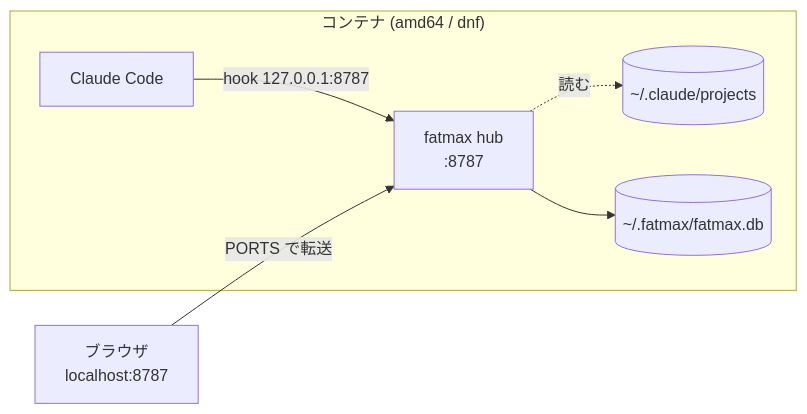
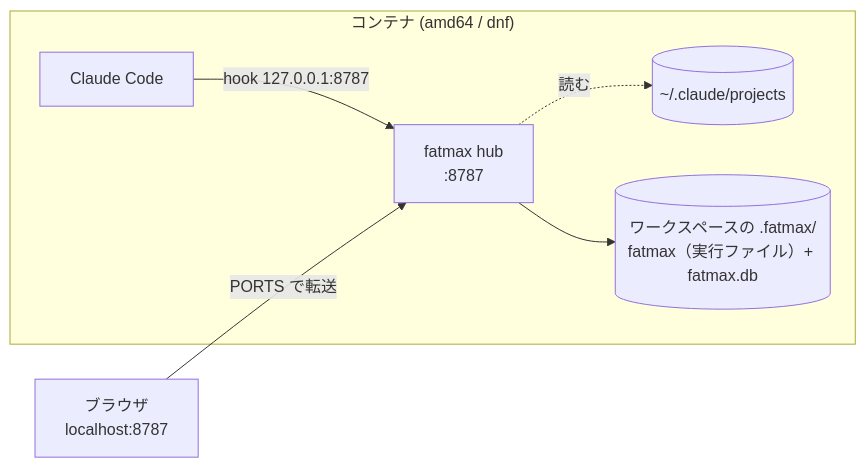
One commit to nodesi-jp/fatmax changed the diagram in INSTALL-container.md. Above: the diagram before and after it, drawn with Mermaid. The commit also changed other lines of this file and 3 other files, not shown here.

````diff
--- a/INSTALL-container.md
+++ b/INSTALL-container.md
@@ -23,13 +23,13 @@
 ```mermaid
 flowchart LR
   subgraph C["コンテナ (amd64 / dnf)"]
     CC["Claude Code"]
     H["fatmax hub<br/>:8787"]
     T[("~/.claude/projects")]
-    DB[("~/.fatmax/fatmax.db")]
+    DB[("ワークスペースの .fatmax/<br/>fatmax（実行ファイル）+ fatmax.db")]
     CC -->|"hook 127.0.0.1:8787"| H
     H -.->|読む| T
     H --> DB
   end
   BR["ブラウザ<br/>localhost:8787"] -->|"PORTS で転送"| H
 ```
````
